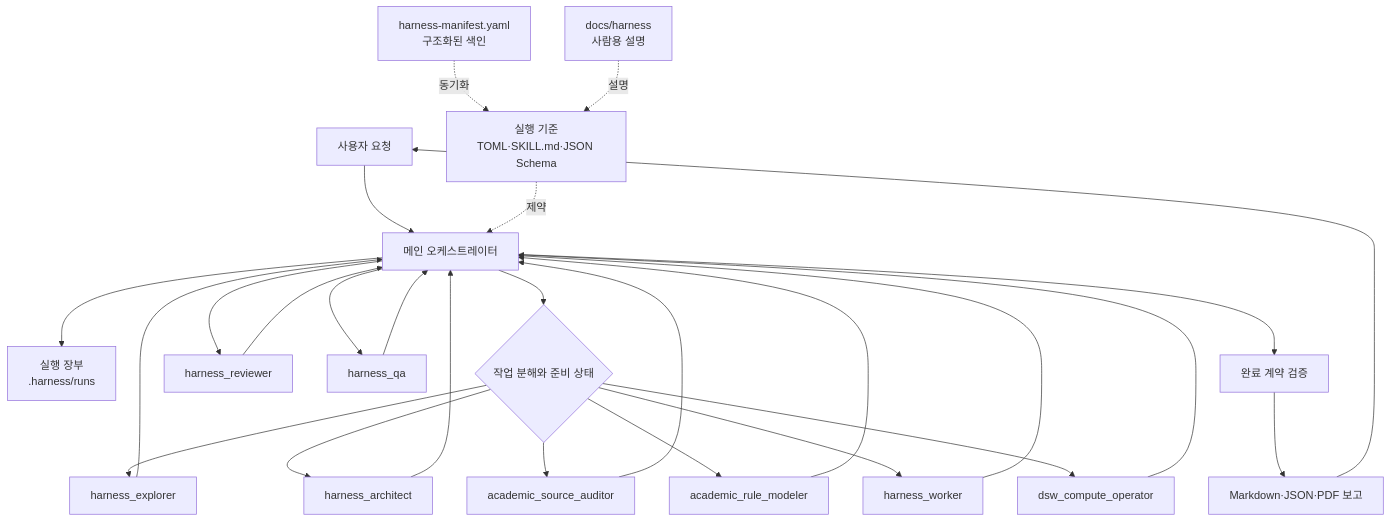
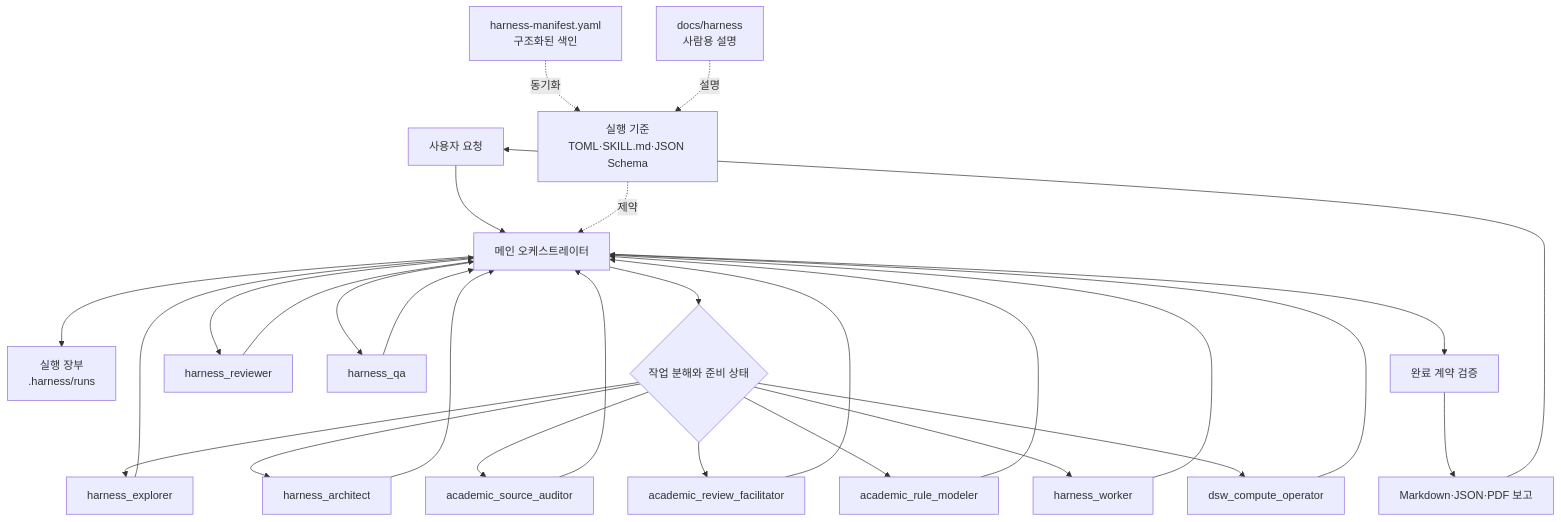
One commit to jeongiryang/kg-ontology-decision-framework-reboot changed the first of 2 diagrams in docs/harness/architecture.md. Above: the diagram before and after it, drawn with Mermaid. The commit also changed other lines of this file and 20 other files, not shown here.

Commit message:
feat: add guided academic review facilitator

````diff
--- a/docs/harness/architecture.md
+++ b/docs/harness/architecture.md
@@ -5,29 +5,31 @@
 ```mermaid
 flowchart TB
     U[사용자 요청] --> O[메인 오케스트레이터]
     O --> L[실행 장부<br/>.harness/runs]
     O --> P{작업 분해와 준비 상태}
     P --> E[harness_explorer]
     P --> A[harness_architect]
     P --> S[academic_source_auditor]
+    P --> F[academic_review_facilitator]
     P --> M[academic_rule_modeler]
     P --> W[harness_worker]
     P --> D[dsw_compute_operator]
     E --> O
     A --> O
     S --> O
+    F --> O
     M --> O
     W --> O
     D --> O
     O --> R[harness_reviewer]
     O --> Q[harness_qa]
     R --> O
     Q --> O
     O --> C[완료 계약 검증]
     C --> RP[Markdown·JSON·PDF 보고]
     RP --> U
 
     CFG[실행 기준<br/>TOML·SKILL.md·JSON Schema] -. 제약 .-> O
     MAN[harness-manifest.yaml<br/>구조화된 색인] -. 동기화 .-> CFG
     DOC[docs/harness<br/>사람용 설명] -. 설명 .-> CFG
 ```
````
